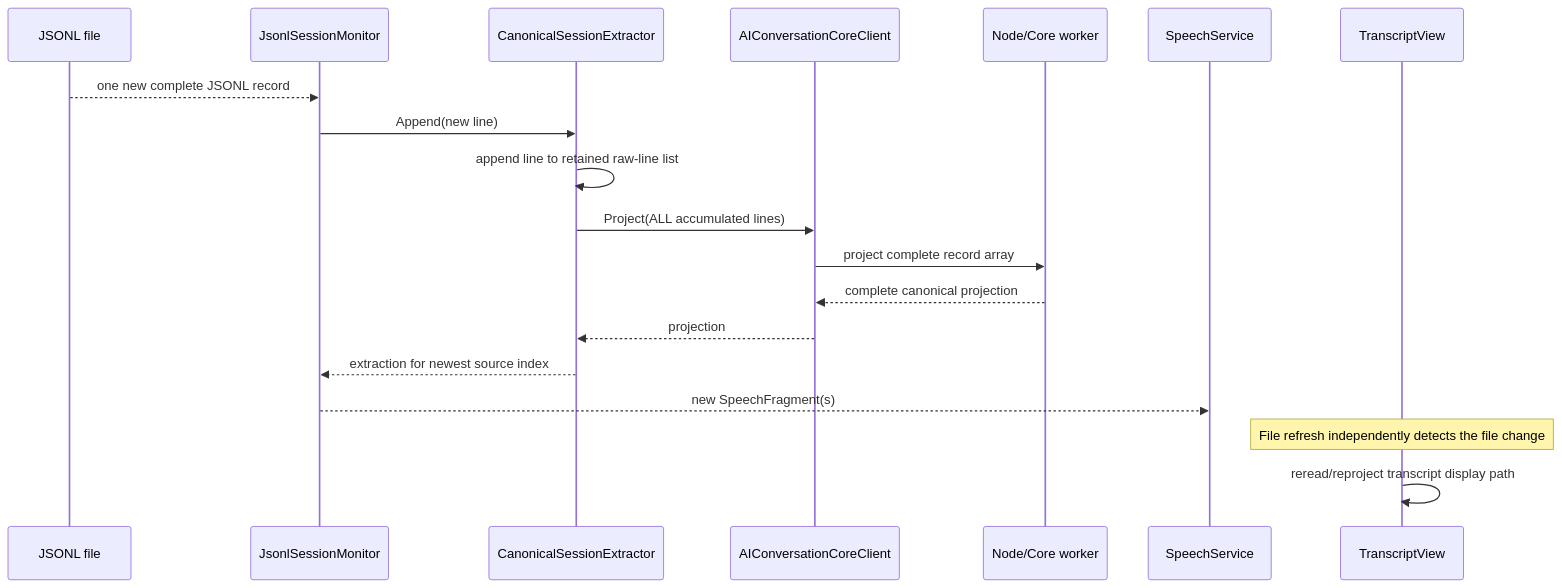
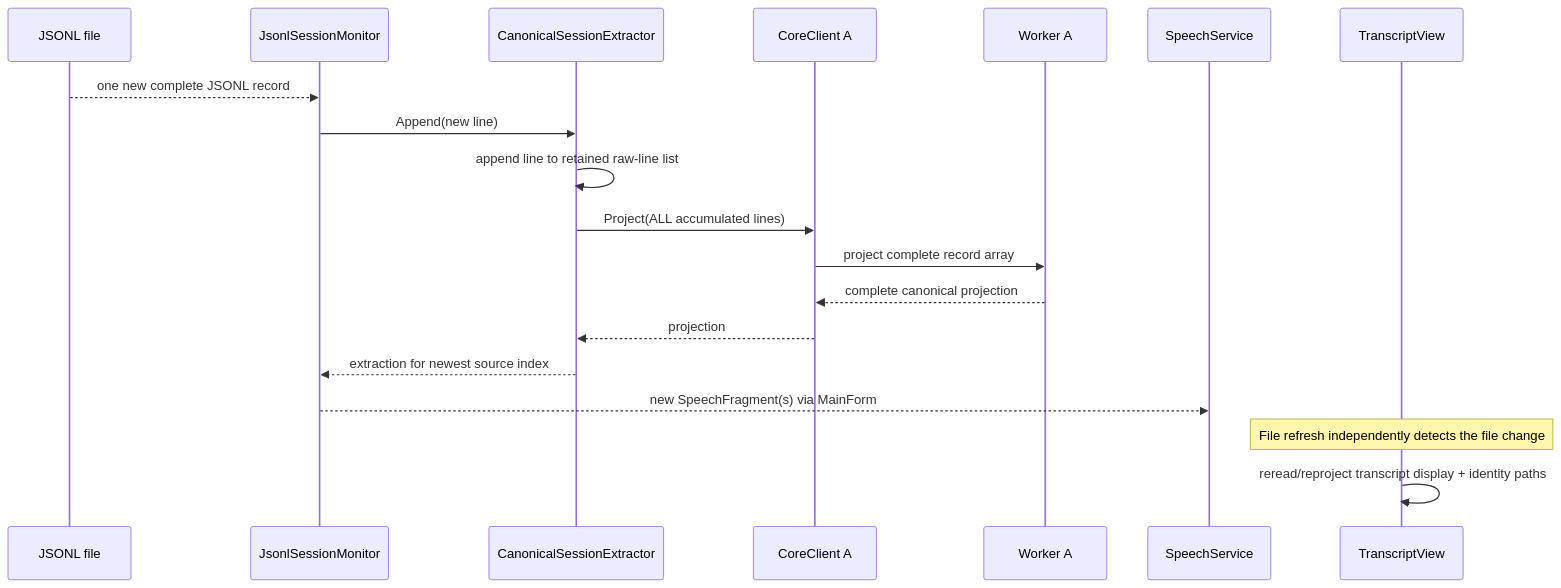
Before and after one commit to Ma-XX-oN/AgentPanelSpeaker.NET: the fourth of 4 diagrams in docs/architecture/current-runtime.md, drawn with Mermaid. The commit also changed other lines of this file, not shown here.

Commit message:
docs: correct current worker and event relationships

````diff
--- a/docs/architecture/current-runtime.md
+++ b/docs/architecture/current-runtime.md
@@ -237,23 +254,23 @@
 ```mermaid
 sequenceDiagram
   participant File as JSONL file
   participant JM as JsonlSessionMonitor
   participant CSE as CanonicalSessionExtractor
-  participant CC as AIConversationCoreClient
-  participant NW as Node/Core worker
+  participant CC as CoreClient A
+  participant NW as Worker A
   participant SS as SpeechService
   participant TV as TranscriptView
 
   File-->>JM: one new complete JSONL record
   JM->>CSE: Append(new line)
   CSE->>CSE: append line to retained raw-line list
   CSE->>CC: Project(ALL accumulated lines)
   CC->>NW: project complete record array
   NW-->>CC: complete canonical projection
   CC-->>CSE: projection
   CSE-->>JM: extraction for newest source index
-  JM-->>SS: new SpeechFragment(s)
+  JM-->>SS: new SpeechFragment(s) via MainForm
 
   Note over TV: File refresh independently detects the file change
-  TV->>TV: reread/reproject transcript display path
+  TV->>TV: reread/reproject transcript display + identity paths
 ```
````
